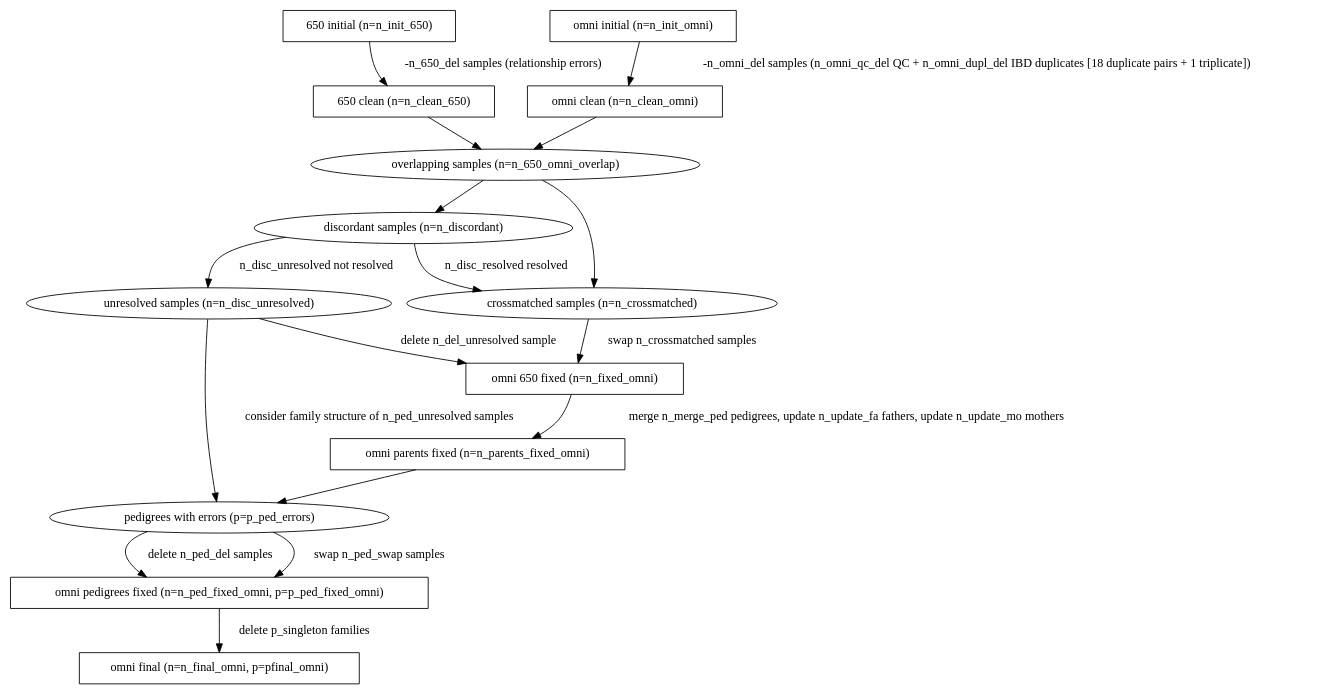
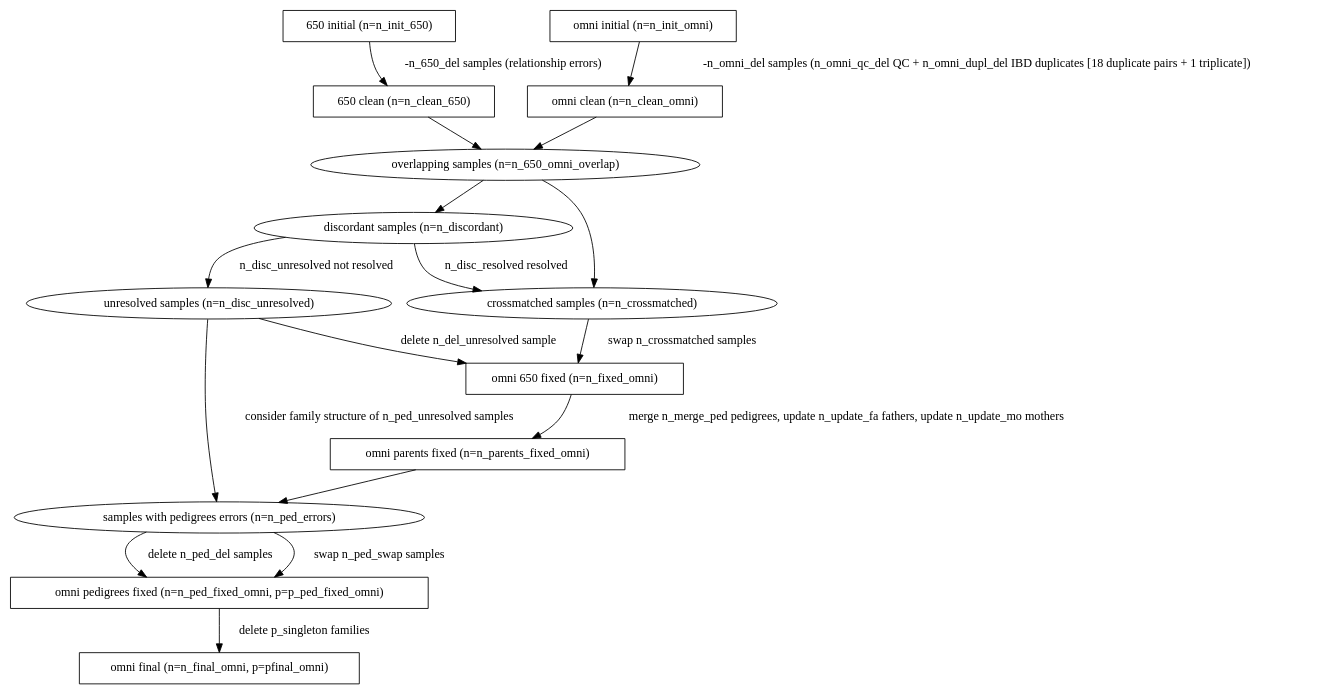
Before and after one commit to TOPMed-BAGS/sample_identity: the diagram in doc/flow.dot, drawn with Graphviz. The commit also changed 1 other file, not shown here.

Commit message:
Minor fixes to flow diagram

```diff
--- a/doc/flow.dot
+++ b/doc/flow.dot
@@ -1,34 +1,34 @@
 #!dot
 digraph {
     INIT_SIX       [label="650 initial (n=n_init_650)", shape=box]
     INIT_OMNI      [label="omni initial (n=n_init_omni)", shape=box]
     CLEAN_SIX      [label="650 clean (n=n_clean_650)", shape=box]
     CLEAN_OMNI     [label="omni clean (n=n_clean_omni)", shape=box]
     OVERLAP        [label="overlapping samples (n=n_650_omni_overlap)"]
     DISCORDANT     [label="discordant samples (n=n_discordant)"]
     CROSSMATCH     [label="crossmatched samples (n=n_crossmatched)"]
     UNRESOLVED     [label="unresolved samples (n=n_disc_unresolved)"]
     FIXED_OMNI     [label="omni 650 fixed (n=n_fixed_omni)", shape=box]
     PAR_FIXED_OMNI [label="omni parents fixed (n=n_parents_fixed_omni)", shape=box]
-    PED_ERRORS [label="pedigrees with errors (p=p_ped_errors)"]
+    PED_ERRORS [label="samples with pedigrees errors (n=n_ped_errors)"]
     PED_FIXED_OMNI [label="omni pedigrees fixed (n=n_ped_fixed_omni, p=p_ped_fixed_omni)", shape=box]
     FINAL_OMNI     [label="omni final (n=n_final_omni, p=pfinal_omni)", shape=box]
 
     INIT_SIX       -> CLEAN_SIX [label=" -n_650_del samples (relationship errors)"];
     INIT_OMNI      -> CLEAN_OMNI [label=" -n_omni_del samples (n_omni_qc_del QC + n_omni_dupl_del IBD duplicates [18 duplicate pairs + 1 triplicate])"];
     CLEAN_SIX      -> OVERLAP;
     CLEAN_OMNI     -> OVERLAP;
     OVERLAP        -> DISCORDANT;
     OVERLAP        -> CROSSMATCH;
     DISCORDANT     -> CROSSMATCH [label=" n_disc_resolved resolved"];
     DISCORDANT     -> UNRESOLVED [label=" n_disc_unresolved not resolved"];
     CROSSMATCH     -> FIXED_OMNI [label=" swap n_crossmatched samples"];
     UNRESOLVED     -> PED_ERRORS [label=" consider family structure of n_ped_unresolved samples"];
     UNRESOLVED     -> FIXED_OMNI [label=" delete n_del_unresolved sample"];
     FIXED_OMNI     -> PAR_FIXED_OMNI [label=" merge n_merge_ped pedigrees, update n_update_fa fathers, update n_update_mo mothers"];
     PAR_FIXED_OMNI -> PED_ERRORS;
     PED_ERRORS     -> PED_FIXED_OMNI [label=" delete n_ped_del samples"];
     PED_ERRORS     -> PED_FIXED_OMNI [label=" swap n_ped_swap samples"];
     PED_FIXED_OMNI -> FINAL_OMNI [label=" delete p_singleton families"];
 
 }
```
